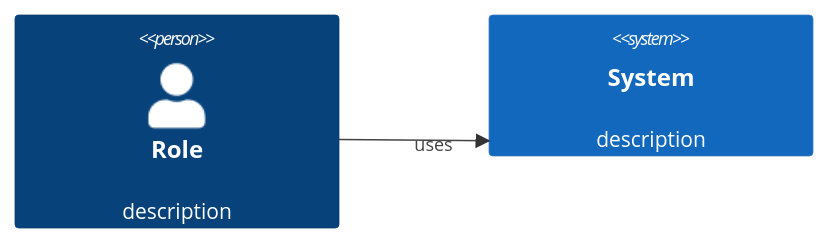
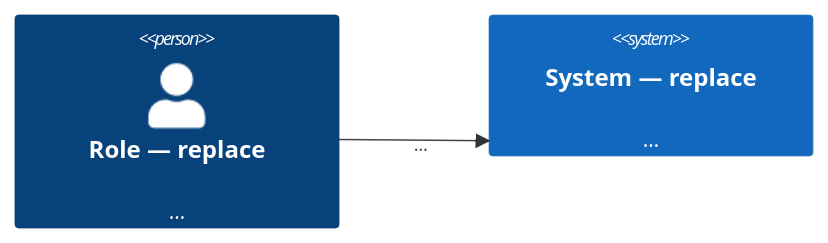
Before and after one commit to vuonglq01685/strata-kb: the first of 2 diagrams in src/center_kb/templates/init/mission-template.md, drawn with Mermaid. The commit also changed other lines of this file and 1 other file, not shown here.

````diff
--- a/src/center_kb/templates/init/mission-template.md
+++ b/src/center_kb/templates/init/mission-template.md
@@ -19,6 +19,6 @@
 ```mermaid
 C4Context
-  Person(user, "Role", "description")
-  System(sys, "System", "description")
-  Rel(user, sys, "uses")
+  Person(user, "Role — replace", "…")
+  System(sys, "System — replace", "…")
+  Rel(user, sys, "…")
 ```
````
